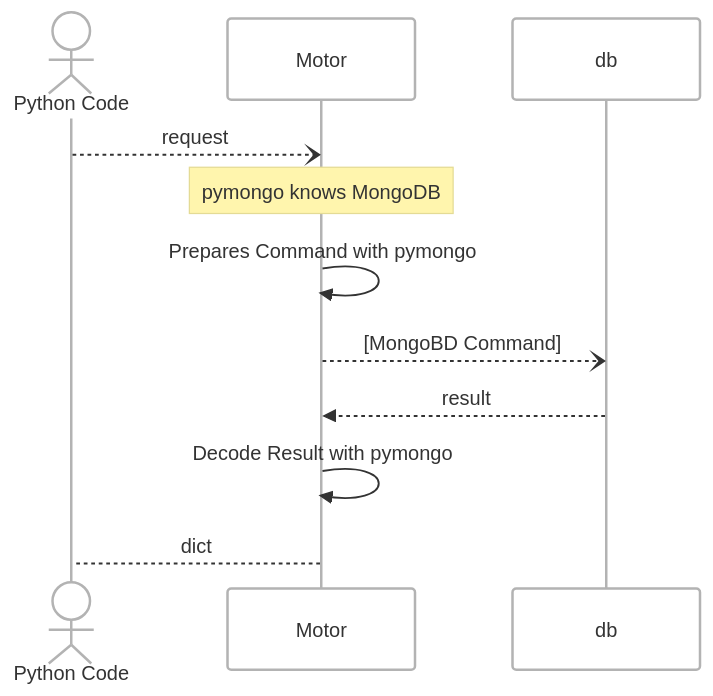
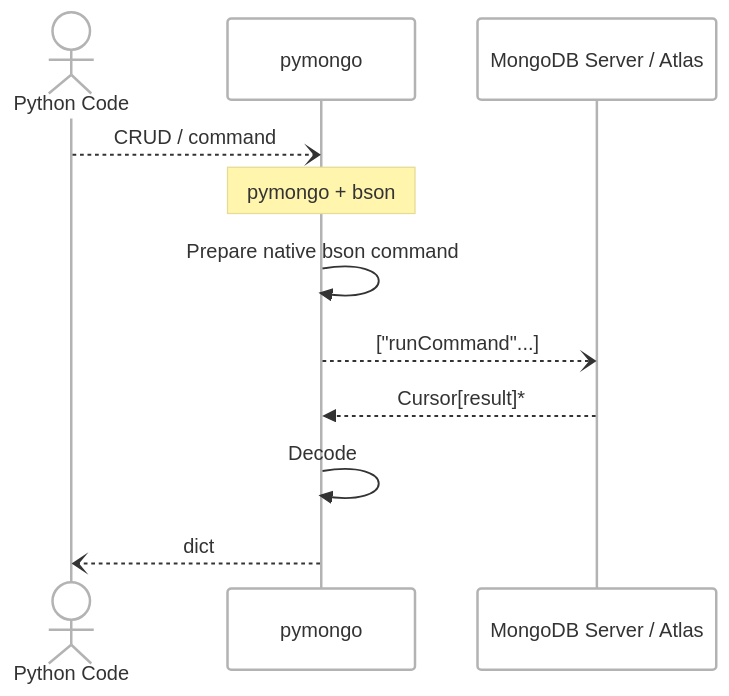
The first of 2 diagrams in README.md (nurih/data-how-you-want-it), drawn with Mermaid before and after one commit. The commit also changed other lines of this file and 6 other files, not shown here.

````diff
--- a/README.md
+++ b/README.md
@@ -35,18 +35,19 @@
 ```mermaid
 ---
 config:
   theme: neo
   look: handDrawn
 ---
 sequenceDiagram
   actor u as Python Code
-  participant m as Motor
-  u --) m: request
-  note over m : pymongo knows MongoDB
-  m ->> m: Prepares Command with pymongo
-  m --) db :[MongoBD Command]
-  db-->> m: result
-  m ->> m: Decode Result with pymongo 
-  m--> u: dict
+  participant d as pymongo
+  participant db as MongoDB Server / Atlas
+  u --) d: CRUD / command
+  note over d : pymongo + bson
+  d ->> d: Prepare native bson command
+  d --) db : ["runCommand"...]
+  db-->> d: Cursor[result]*
+  d ->> d: Decode
+  d--) u: dict
 
 ```
````
